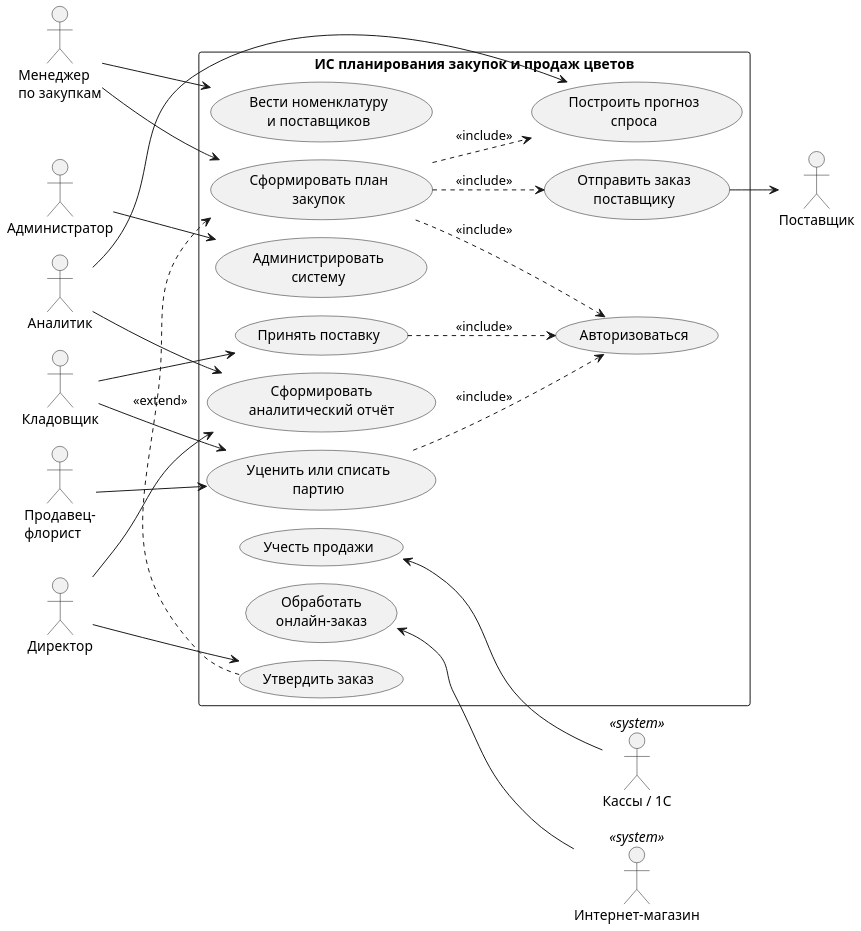
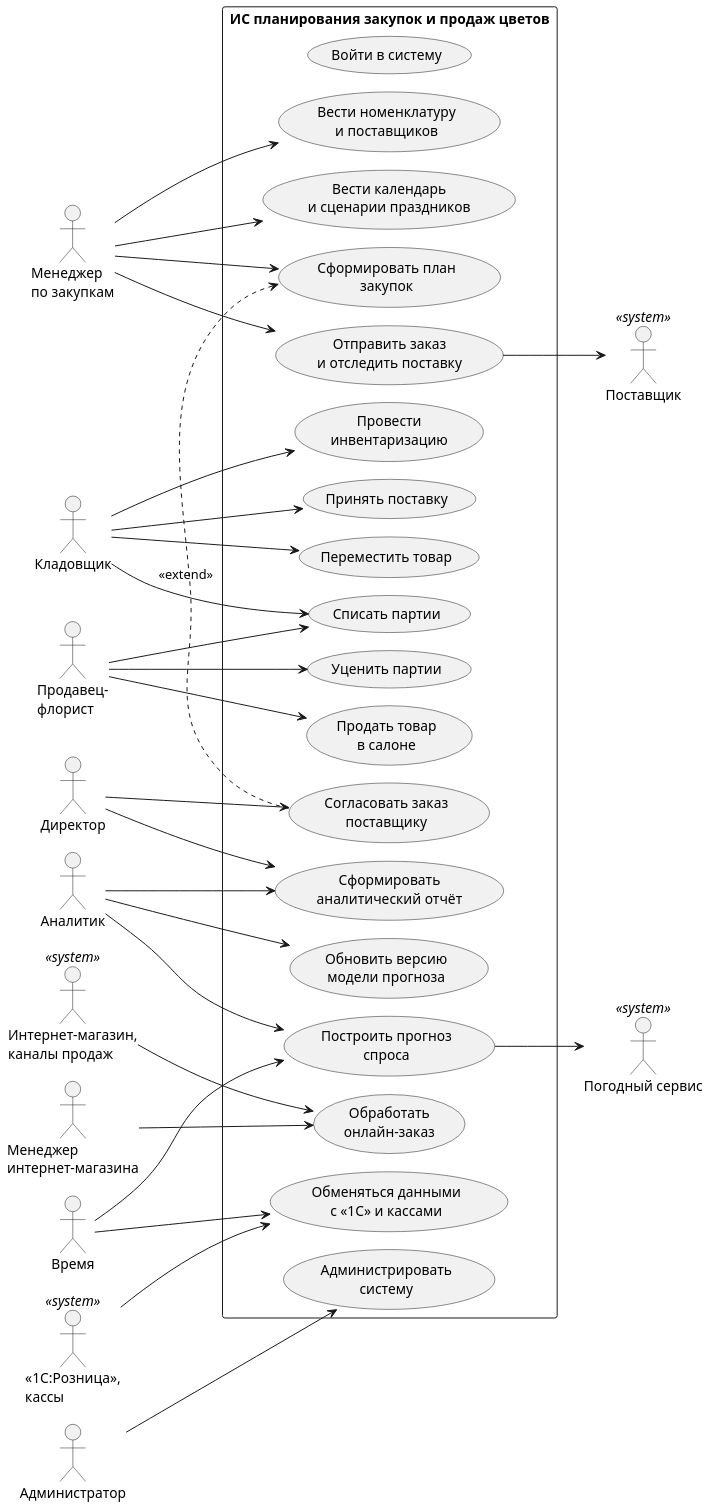
One commit to DarkSwordman999/flower-demand-planning changed the diagram in diagrams/uml_usecase.puml. Above: the diagram before and after it, drawn with PlantUML. The commit also changed 69 other files, not shown here.

Commit message:
ПР 7-8 пересобран: диаграммы взаимодействия по всем вариантам использования, классы, состояния, компоненты и развёртывание

```diff
--- a/diagrams/uml_usecase.puml
+++ b/diagrams/uml_usecase.puml
@@ -1,50 +1,65 @@
 @startuml
 !pragma layout smetana
 skinparam dpi 150
 skinparam defaultFontName Arial
 skinparam shadowing false
 skinparam monochrome true
 left to right direction
 actor "Менеджер\nпо закупкам" as MZ
 actor "Кладовщик" as KL
 actor "Продавец-\nфлорист" as PF
+actor "Менеджер\nинтернет-магазина" as SM
 actor "Директор" as DIR
 actor "Аналитик" as AN
 actor "Администратор" as AD
-actor "Кассы / 1С" as KKT <<system>>
-actor "Интернет-магазин" as WEB <<system>>
-actor "Поставщик" as SUP
+actor "Время" as TM
+actor "«1С:Розница»,\nкассы" as C1 <<system>>
+actor "Интернет-магазин,\nканалы продаж" as WEB <<system>>
+actor "Поставщик" as SUP <<system>>
+actor "Погодный сервис" as WS <<system>>
 rectangle "ИС планирования закупок и продаж цветов" {
-  usecase "Авторизоваться" as U0
+  usecase "Войти в систему" as U0
   usecase "Вести номенклатуру\nи поставщиков" as U1
-  usecase "Принять поставку" as U2
-  usecase "Учесть продажи" as U3
-  usecase "Обработать\nонлайн-заказ" as U4
-  usecase "Построить прогноз\nспроса" as U5
+  usecase "Вести календарь\nи сценарии праздников" as U3
+  usecase "Построить прогноз\nспроса" as U4
+  usecase "Обновить версию\nмодели прогноза" as U5
   usecase "Сформировать план\nзакупок" as U6
-  usecase "Утвердить заказ" as U7
-  usecase "Отправить заказ\nпоставщику" as U8
-  usecase "Уценить или списать\nпартию" as U9
-  usecase "Сформировать\nаналитический отчёт" as U10
-  usecase "Администрировать\nсистему" as U11
+  usecase "Согласовать заказ\nпоставщику" as U8
+  usecase "Отправить заказ\nи отследить поставку" as U9
+  usecase "Принять поставку" as U10
+  usecase "Переместить товар" as U11
+  usecase "Провести\nинвентаризацию" as U12
+  usecase "Продать товар\nв салоне" as U13
+  usecase "Обменяться данными\nс «1С» и кассами" as U14
+  usecase "Обработать\nонлайн-заказ" as U15
+  usecase "Уценить партии" as U17
+  usecase "Списать партии" as U18
+  usecase "Сформировать\nаналитический отчёт" as U19
+  usecase "Администрировать\nсистему" as U20
 }
 MZ --> U1
+MZ --> U3
 MZ --> U6
-KL --> U2
-KL --> U9
-PF --> U9
-DIR --> U7
-DIR --> U10
+MZ --> U9
+DIR --> U8
+DIR --> U19
+AN --> U4
 AN --> U5
-AN --> U10
-AD --> U11
-U3 <-- KKT
-U4 <-- WEB
-U6 ..> U5 : <<include>>
-U6 ..> U8 : <<include>>
-U7 .> U6 : <<extend>>
-U8 --> SUP
-U2 ..> U0 : <<include>>
-U6 ..> U0 : <<include>>
-U9 ..> U0 : <<include>>
+AN --> U19
+TM --> U4
+TM --> U14
+KL --> U10
+KL --> U11
+KL --> U12
+KL --> U18
+PF --> U13
+PF --> U17
+PF --> U18
+SM --> U15
+AD --> U20
+U4 --> WS
+C1 --> U14
+WEB --> U15
+U9 --> SUP
+U8 .> U6 : <<extend>>
 @enduml
```
